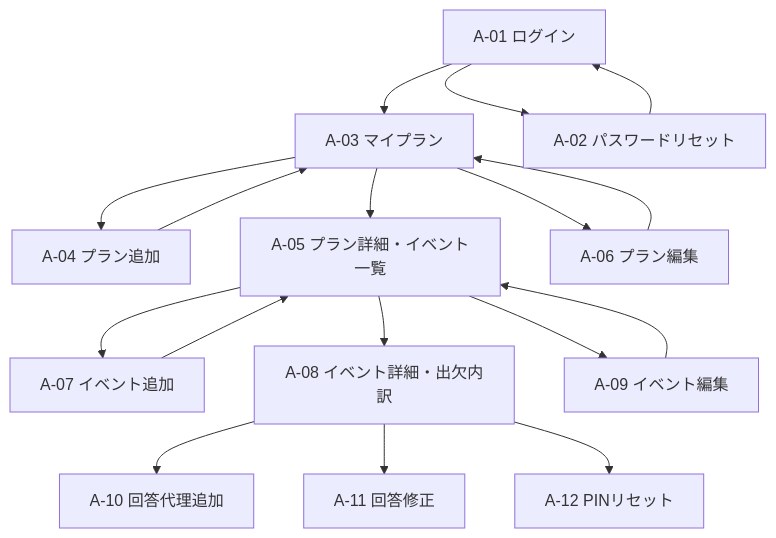
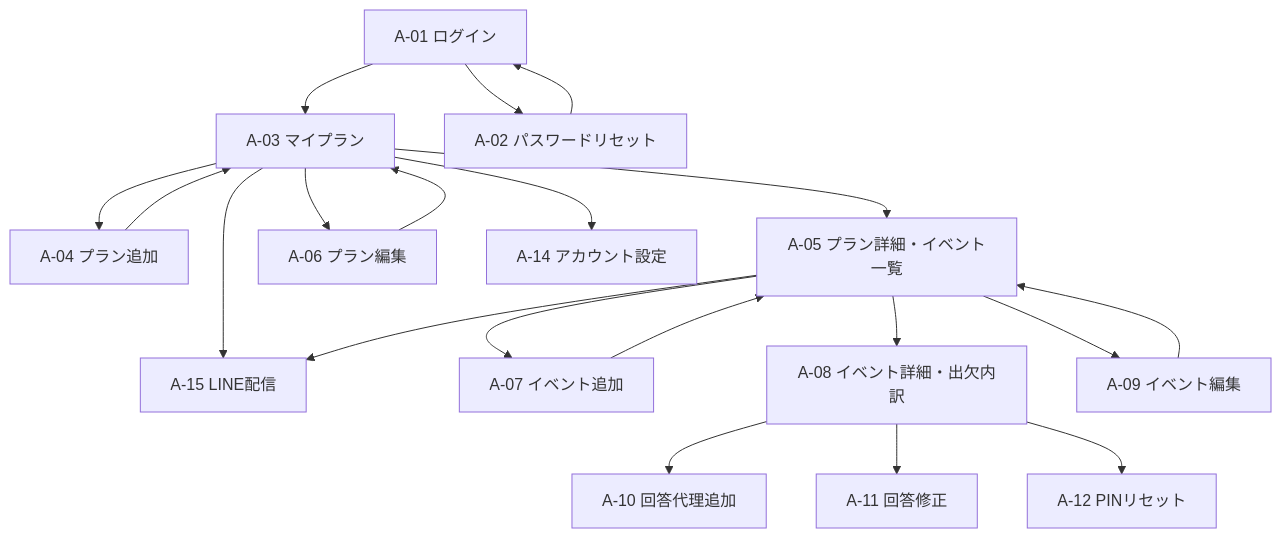
One commit to Bamboosato/rsvp-manager-app changed the first of 3 diagrams in docs/screen-specification.md. Above: the diagram before and after it, drawn with Mermaid. The commit also changed other lines of this file and 8 other files, not shown here.

Commit message:
Update LINE registration and delivery specs (#26)

````diff
--- a/docs/screen-specification.md
+++ b/docs/screen-specification.md
@@ -83,19 +85,22 @@
 ```mermaid
 flowchart TD
   login["A-01 ログイン"] --> plans["A-03 マイプラン"]
   login --> reset["A-02 パスワードリセット"]
   reset --> login
   plans --> newPlan["A-04 プラン追加"]
   newPlan --> plans
   plans --> planDetail["A-05 プラン詳細・イベント一覧"]
   plans --> planEdit["A-06 プラン編集"]
+  plans --> account["A-14 アカウント設定"]
+  plans --> lineDelivery["A-15 LINE配信"]
   planEdit --> plans
   planDetail --> newEvent["A-07 イベント追加"]
   newEvent --> planDetail
   planDetail --> eventDetail["A-08 イベント詳細・出欠内訳"]
   planDetail --> eventEdit["A-09 イベント編集"]
+  planDetail --> lineDelivery
   eventEdit --> planDetail
   eventDetail --> addResponse["A-10 回答代理追加"]
   eventDetail --> editResponse["A-11 回答修正"]
   eventDetail --> pinReset["A-12 PINリセット"]
 ```
````
